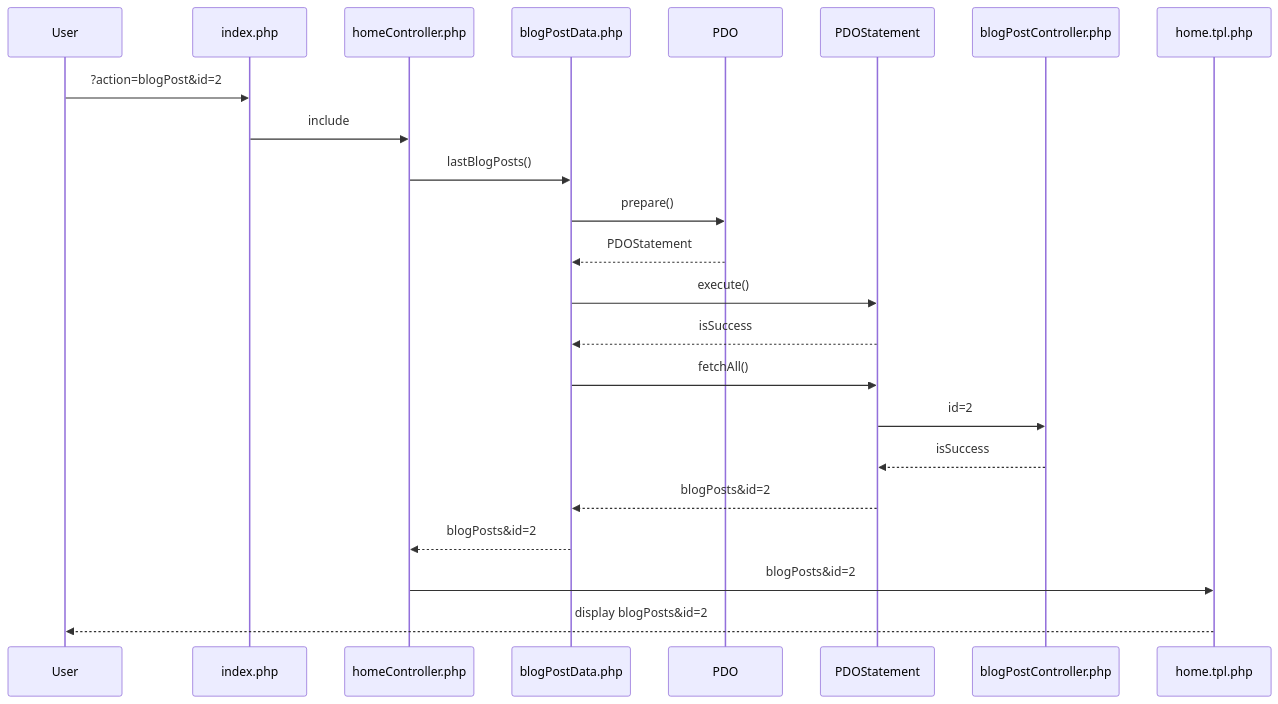
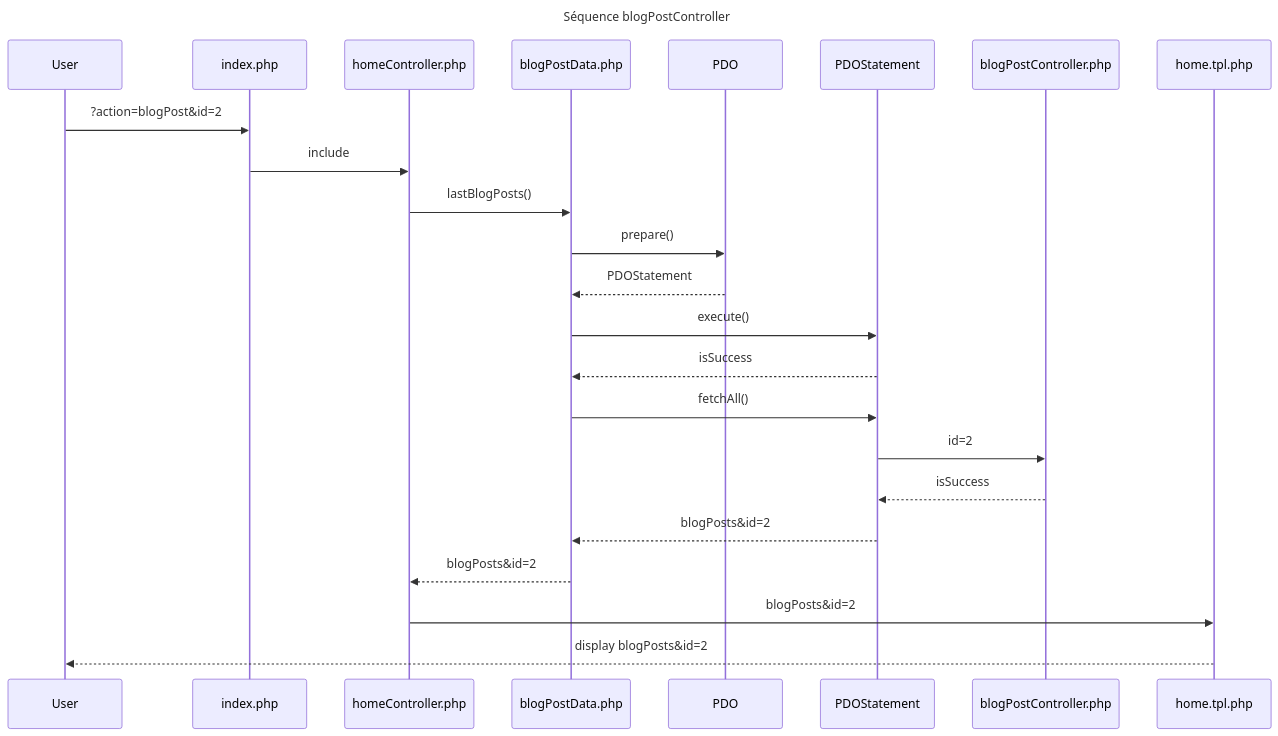
One commit to Groughy/blog changed the third of 3 diagrams in doc/diagramme.md. Above: the diagram before and after it, drawn with Mermaid. The commit also changed other lines of this file and 6 other files, not shown here.

Commit message:
v3.2 - Ajout du fichier blogPostController.php - Modification du fichier index.php

````diff
--- a/doc/diagramme.md
+++ b/doc/diagramme.md
@@ -28,17 +34,20 @@
 ```mermaid 
+---
+title : Séquence blogPostController
+---
 sequenceDiagram
     User->>index.php: ?action=blogPost&id=2
     index.php->>homeController.php: include
     homeController.php->>blogPostData.php: lastBlogPosts()
     blogPostData.php->>PDO: prepare()
     PDO-->>blogPostData.php: PDOStatement
     blogPostData.php->>PDOStatement: execute()
     PDOStatement-->>blogPostData.php: isSuccess
     blogPostData.php->>PDOStatement: fetchAll()
     PDOStatement->>blogPostController.php: id=2
     blogPostController.php-->>PDOStatement: isSuccess
     PDOStatement-->>blogPostData.php: blogPosts&id=2
     blogPostData.php-->>homeController.php: blogPosts&id=2
     homeController.php->>home.tpl.php: blogPosts&id=2
     home.tpl.php-->>User: display blogPosts&id=2
 ```
````
